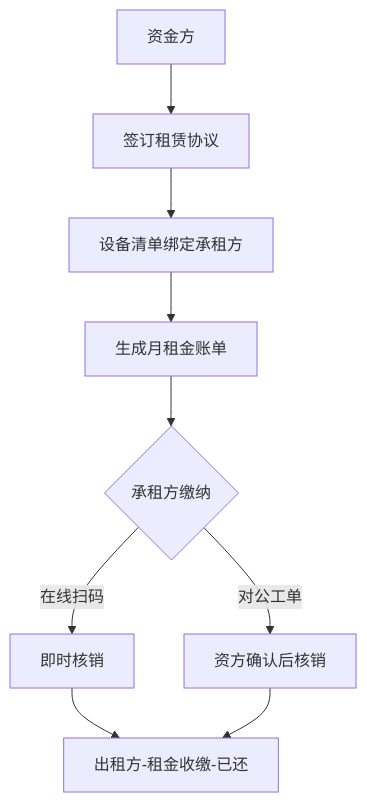
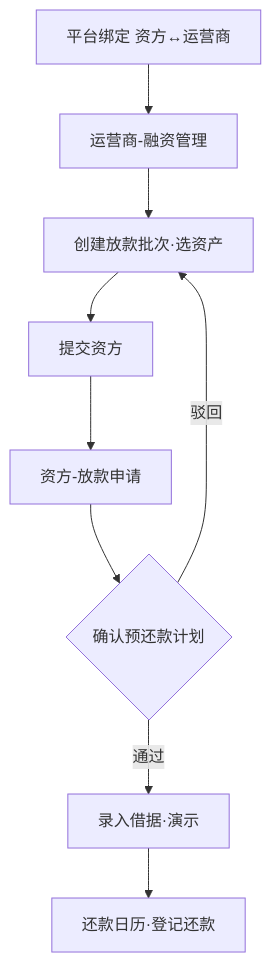
One commit to liudali/rider-swap-operator-prototype changed diagram 12 of 17 in docs/功能结构与业务流程.md. Above: the diagram before and after it, drawn with Mermaid. The commit also changed other lines of this file and 54 other files, not shown here.

````diff
--- a/docs/功能结构与业务流程.md
+++ b/docs/功能结构与业务流程.md
@@ -424,11 +434,11 @@
 ```mermaid
 flowchart TD
-  L[资金方] --> C[签订租赁协议]
-  C --> BIND[设备清单绑定承租方]
-  BIND --> BILL[生成月租金账单]
-  BILL --> PAY{承租方缴纳}
-  PAY -->|在线扫码| AUTO[即时核销]
-  PAY -->|对公工单| MAN[资方确认后核销]
-  AUTO --> REC[出租方-租金收缴-已还]
-  MAN --> REC
+  P[平台绑定 资方↔运营商] --> OP[运营商-融资管理]
+  OP --> BATCH[创建放款批次·选资产]
+  BATCH --> SUB[提交资方]
+  SUB --> LS[资方-放款申请]
+  LS --> CONF{确认预还款计划}
+  CONF -->|通过| NOTE[录入借据·演示]
+  NOTE --> REP[还款日历·登记还款]
+  CONF -->|驳回| BATCH
 ```
````
